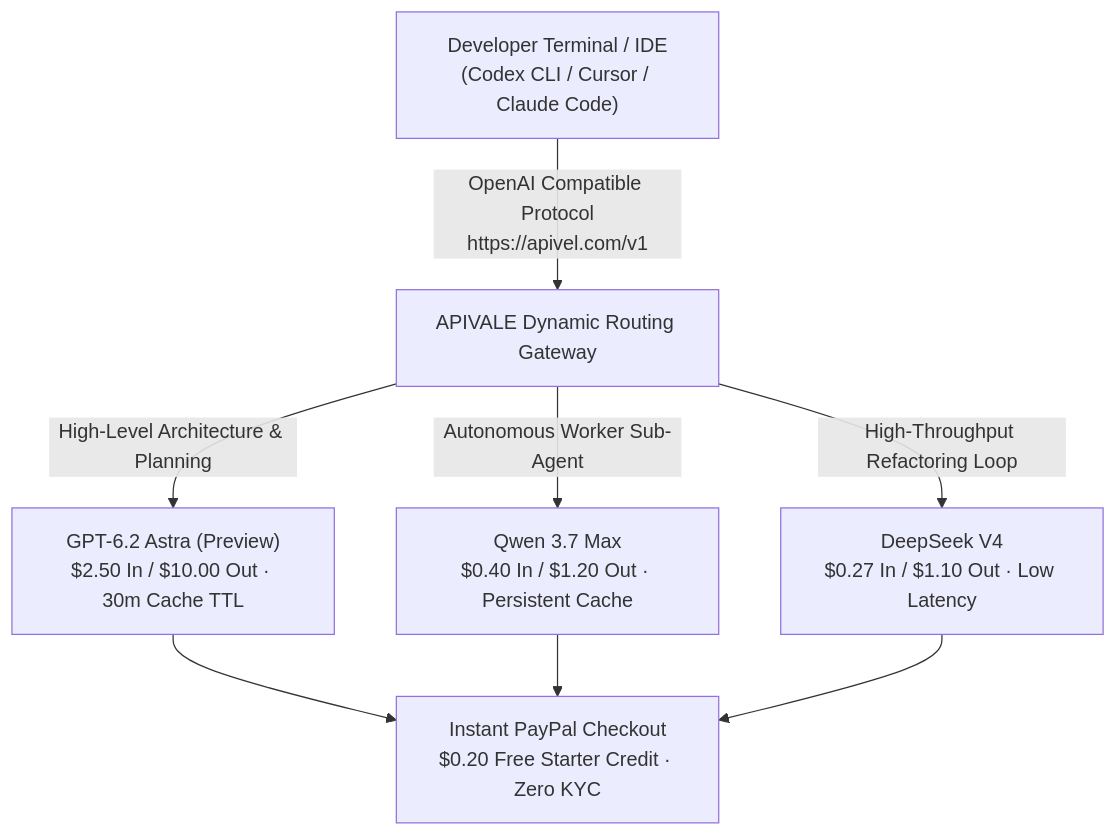
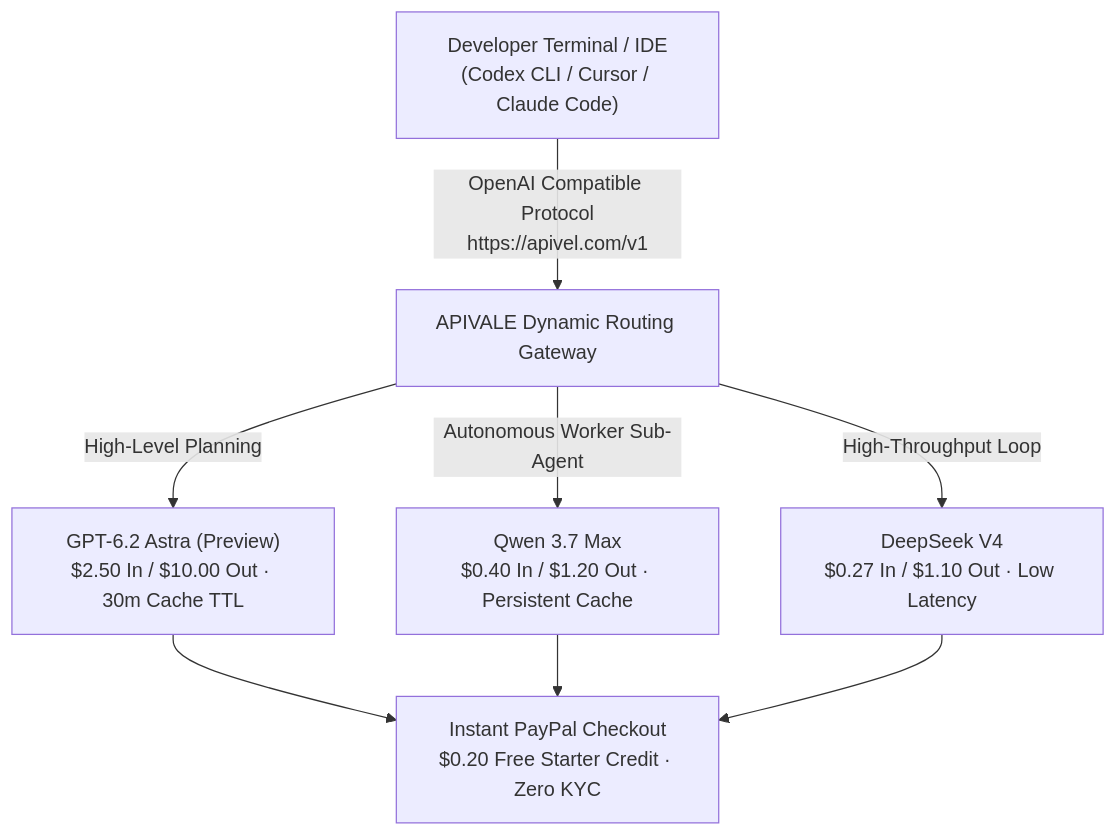
One commit to bshx2024/apivel_blog changed the diagram in src/content/blog/gpt-6-2-astra-benchmarks-price-reddit.md. Above: the diagram before and after it, drawn with Mermaid. The commit also changed other lines of this file and 1 other file, not shown here.

````diff
--- a/src/content/blog/gpt-6-2-astra-benchmarks-price-reddit.md
+++ b/src/content/blog/gpt-6-2-astra-benchmarks-price-reddit.md
@@ -43,10 +43,10 @@
 ```mermaid
 graph TD
     A["Developer Terminal / IDE<br/>(Codex CLI / Cursor / Claude Code)"] -->|"OpenAI Compatible Protocol<br/>https://apivel.com/v1"| B["APIVALE Dynamic Routing Gateway"]
-    B -->|"High-Level Architecture & Planning"| C["GPT-6.2 Astra (Preview)<br/>$2.50 In / $10.00 Out · 30m Cache TTL"]
+    B -->|"High-Level Planning"| C["GPT-6.2 Astra (Preview)<br/>$2.50 In / $10.00 Out · 30m Cache TTL"]
     B -->|"Autonomous Worker Sub-Agent"| D["Qwen 3.7 Max<br/>$0.40 In / $1.20 Out · Persistent Cache"]
-    B -->|"High-Throughput Refactoring Loop"| E["DeepSeek V4<br/>$0.27 In / $1.10 Out · Low Latency"]
+    B -->|"High-Throughput Loop"| E["DeepSeek V4<br/>$0.27 In / $1.10 Out · Low Latency"]
     C --> F["Instant PayPal Checkout<br/>$0.20 Free Starter Credit · Zero KYC"]
     D --> F
     E --> F
 ```
````
